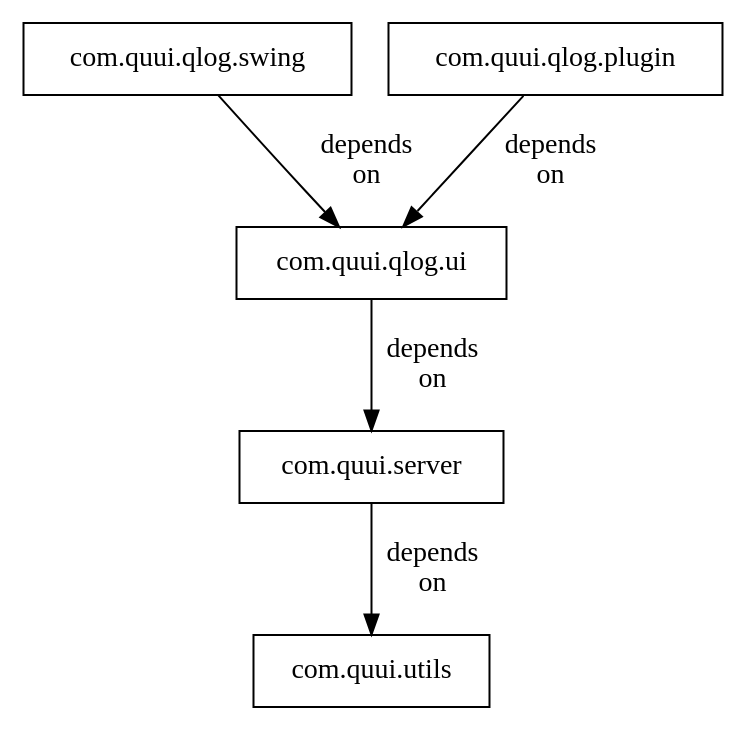
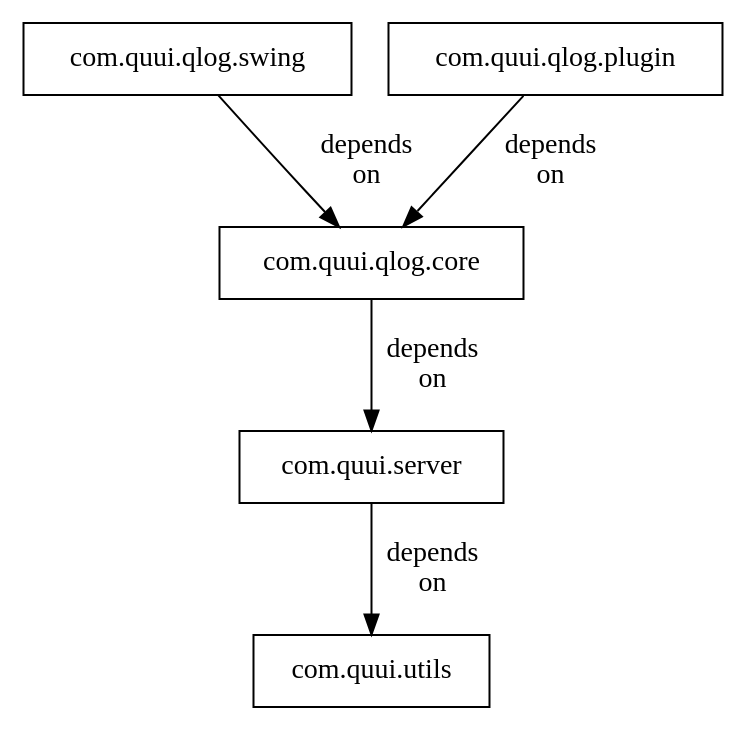
Before and after one commit to splink/qlog: the diagram in com.quui.qlog.plugin/docs/component-dependencies.dot, drawn with Graphviz. The commit also changed 20 other files, not shown here.

Commit message:
Renamed com.quui.qlog.ui to com.quui.qlog.core; updated dependency diagram

```diff
--- a/com.quui.qlog.plugin/docs/component-dependencies.dot
+++ b/com.quui.qlog.plugin/docs/component-dependencies.dot
@@ -1,17 +1,17 @@
 digraph deps{
 
 	node[shape=box]
 	edge[label="depends\non"]
 	
 	utils[label="com.quui.utils"]
 	server[label="com.quui.server"]
-	ui[label="com.quui.qlog.ui"]
+	core[label="com.quui.qlog.core"]
 	swing[label="com.quui.qlog.swing"]
 	eclipse[label="com.quui.qlog.plugin"]
 	
-	eclipse->ui
-	swing->ui
-	ui->server
+	eclipse->core
+	swing->core
+	core->server
 	server->utils
 
 }
```
